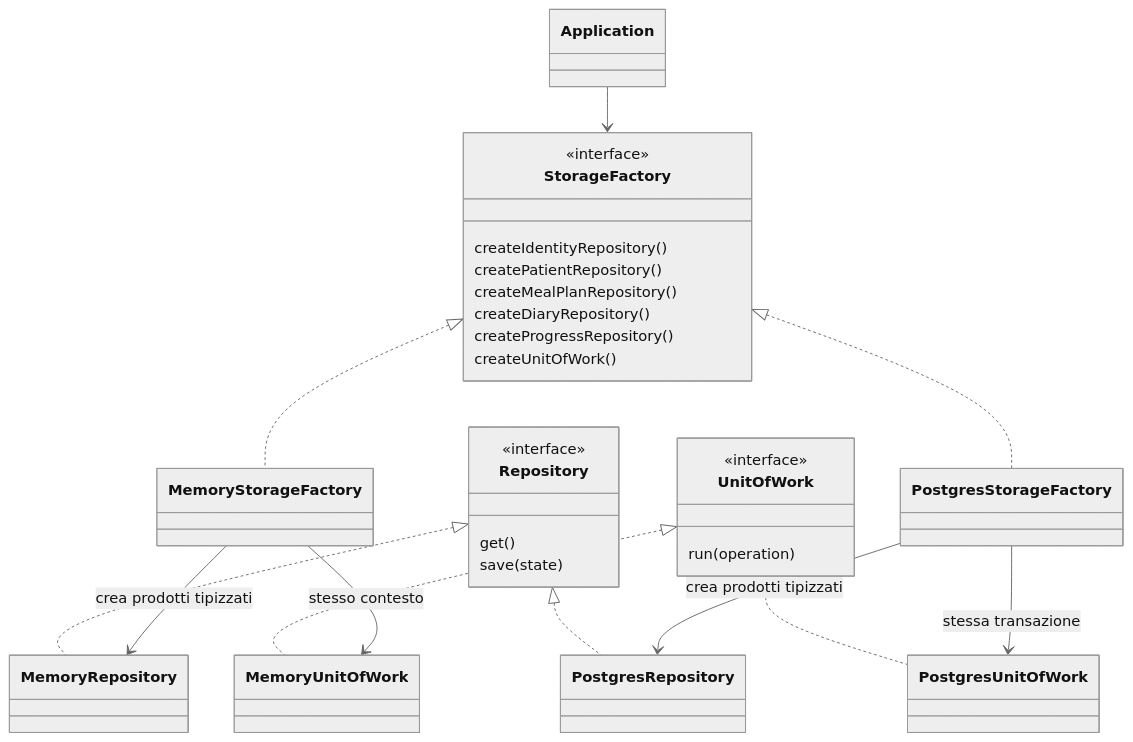
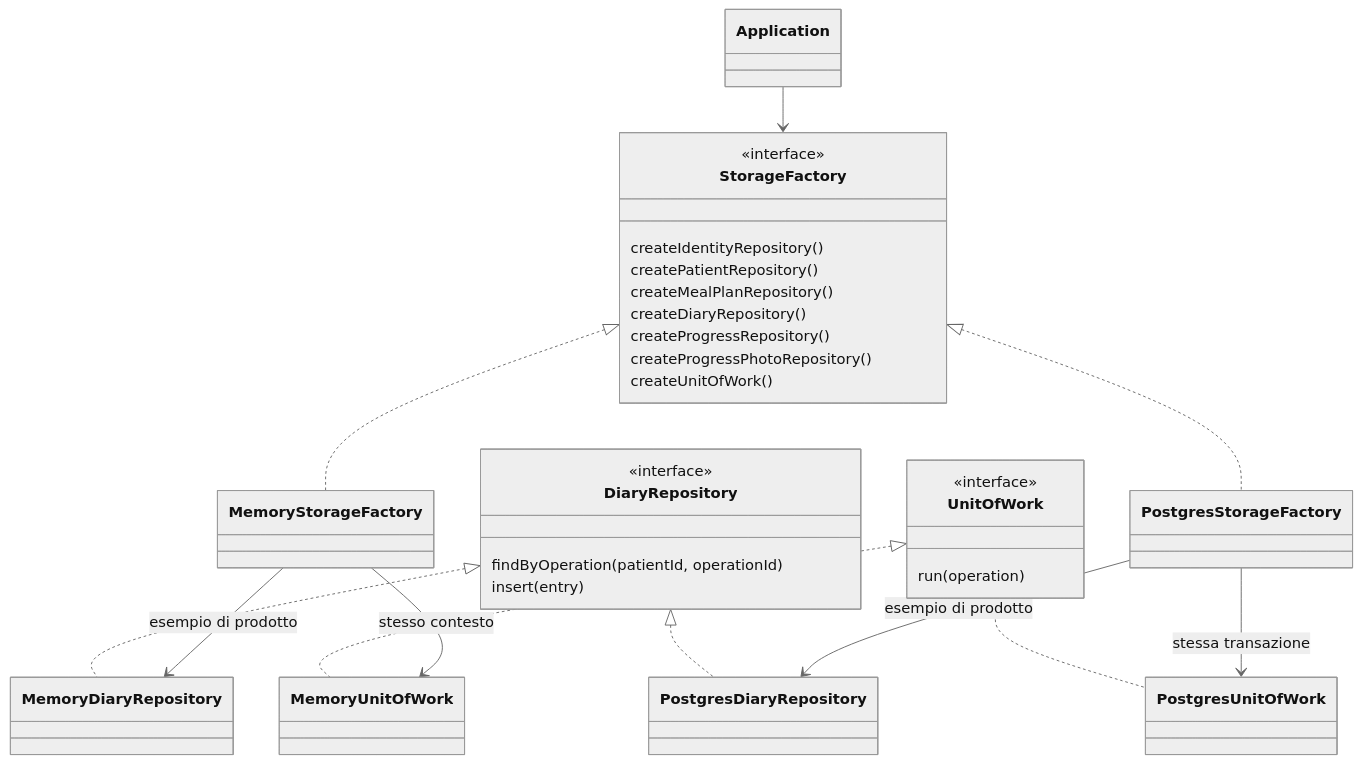
The second of 2 diagrams in docs/DESIGN_PATTERNS.md (Matteo7100/NutriTrack), drawn with Mermaid (neutral theme) before and after one commit. The commit also changed other lines of this file and 22 other files, not shown here.

Commit message:
Store patient management, meal plans, diary and progress in relational tables

````diff
--- a/docs/DESIGN_PATTERNS.md
+++ b/docs/DESIGN_PATTERNS.md
@@ -171,39 +172,40 @@
 ```mermaid
 classDiagram
   class StorageFactory {
     <<interface>>
     createIdentityRepository()
     createPatientRepository()
     createMealPlanRepository()
     createDiaryRepository()
     createProgressRepository()
+    createProgressPhotoRepository()
     createUnitOfWork()
   }
   class MemoryStorageFactory
   class PostgresStorageFactory
   class Application
-  class MemoryRepository
-  class PostgresRepository
+  class MemoryDiaryRepository
+  class PostgresDiaryRepository
   class MemoryUnitOfWork
   class PostgresUnitOfWork
-  class Repository {
+  class DiaryRepository {
     <<interface>>
-    get()
-    save(state)
+    findByOperation(patientId, operationId)
+    insert(entry)
   }
   class UnitOfWork {
     <<interface>>
     run(operation)
   }
   StorageFactory <|.. MemoryStorageFactory
   StorageFactory <|.. PostgresStorageFactory
   Application --> StorageFactory
-  Repository <|.. MemoryRepository
-  Repository <|.. PostgresRepository
+  DiaryRepository <|.. MemoryDiaryRepository
+  DiaryRepository <|.. PostgresDiaryRepository
   UnitOfWork <|.. MemoryUnitOfWork
   UnitOfWork <|.. PostgresUnitOfWork
-  MemoryStorageFactory --> MemoryRepository : crea prodotti tipizzati
+  MemoryStorageFactory --> MemoryDiaryRepository : esempio di prodotto
   MemoryStorageFactory --> MemoryUnitOfWork : stesso contesto
-  PostgresStorageFactory --> PostgresRepository : crea prodotti tipizzati
+  PostgresStorageFactory --> PostgresDiaryRepository : esempio di prodotto
   PostgresStorageFactory --> PostgresUnitOfWork : stessa transazione
 ```
````
